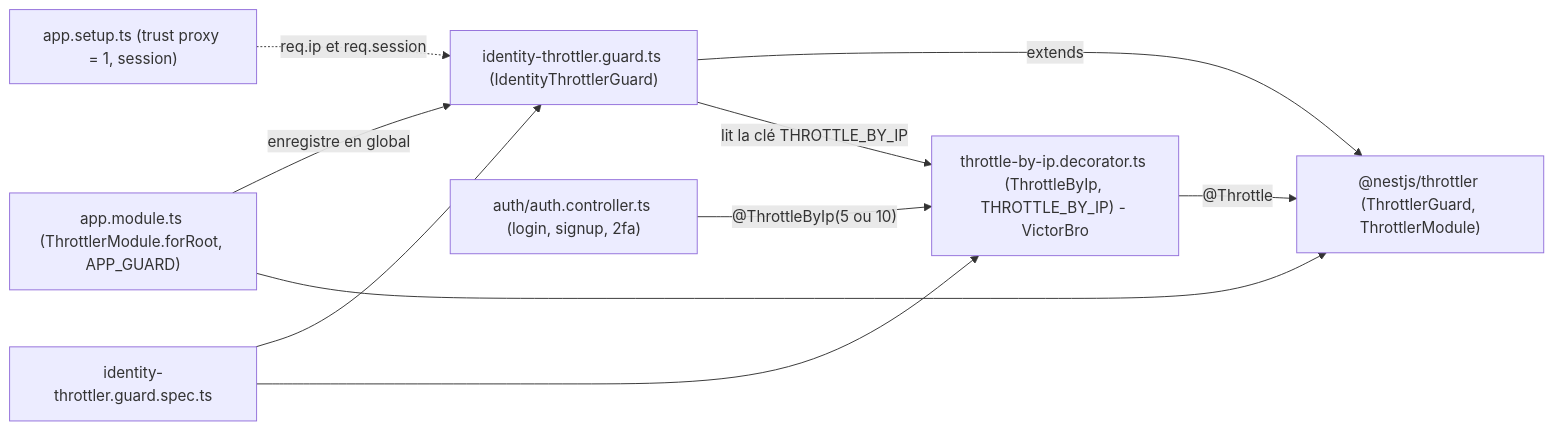
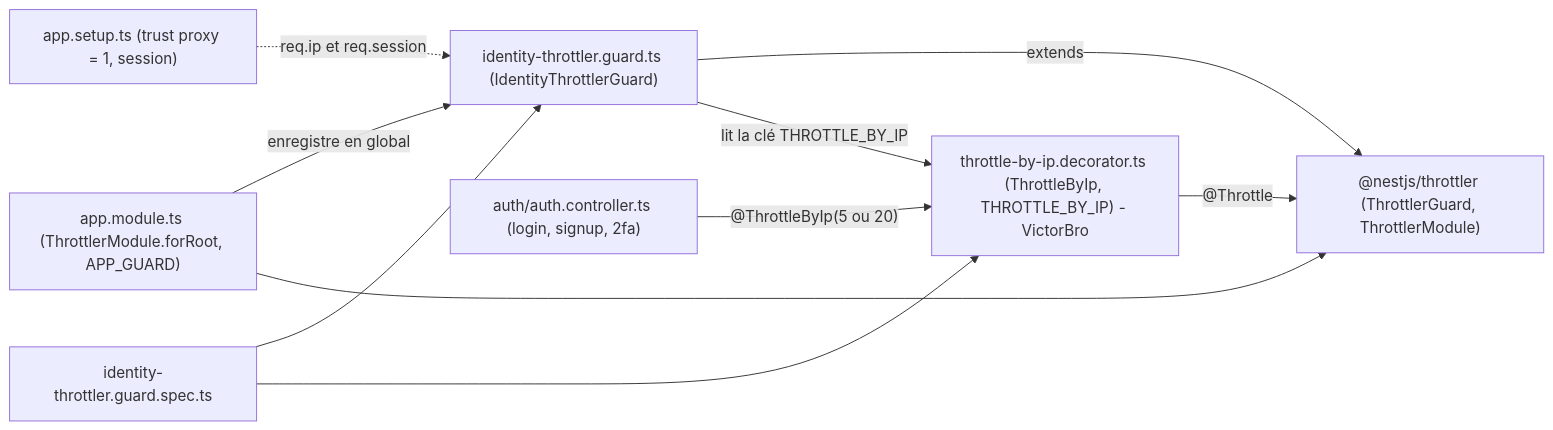
Before and after one commit to VictorBro/ft_transcendence: the first of 3 diagrams in docs/transcendence-course/endrit/throttler/README.md, drawn with Mermaid. The commit also changed other lines of this file and 37 other files, not shown here.

````diff
--- a/docs/transcendence-course/endrit/throttler/README.md
+++ b/docs/transcendence-course/endrit/throttler/README.md
@@ -54,20 +55,20 @@
 ```mermaid
 flowchart LR
   LIB["@nestjs/throttler (ThrottlerGuard, ThrottlerModule)"]
   MOD["app.module.ts (ThrottlerModule.forRoot, APP_GUARD)"]
   GUARD["identity-throttler.guard.ts (IdentityThrottlerGuard)"]
   DECO["throttle-by-ip.decorator.ts (ThrottleByIp, THROTTLE_BY_IP) - VictorBro"]
   AUTHC["auth/auth.controller.ts (login, signup, 2fa)"]
   SETUP["app.setup.ts (trust proxy = 1, session)"]
   SPEC["identity-throttler.guard.spec.ts"]
 
   GUARD -->|"extends"| LIB
   GUARD -->|"lit la clé THROTTLE_BY_IP"| DECO
   MOD -->|"enregistre en global"| GUARD
   MOD --> LIB
-  AUTHC -->|"@ThrottleByIp(5 ou 10)"| DECO
+  AUTHC -->|"@ThrottleByIp(5 ou 20)"| DECO
   DECO -->|"@Throttle"| LIB
   SETUP -.->|"req.ip et req.session"| GUARD
   SPEC --> GUARD
   SPEC --> DECO
 ```
````
